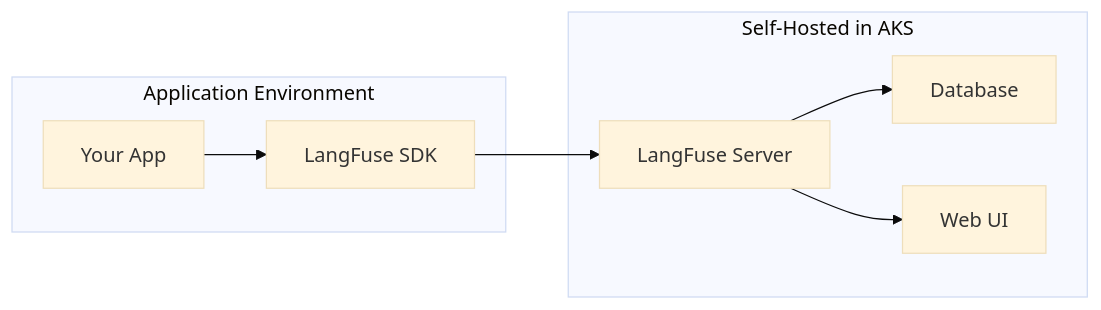
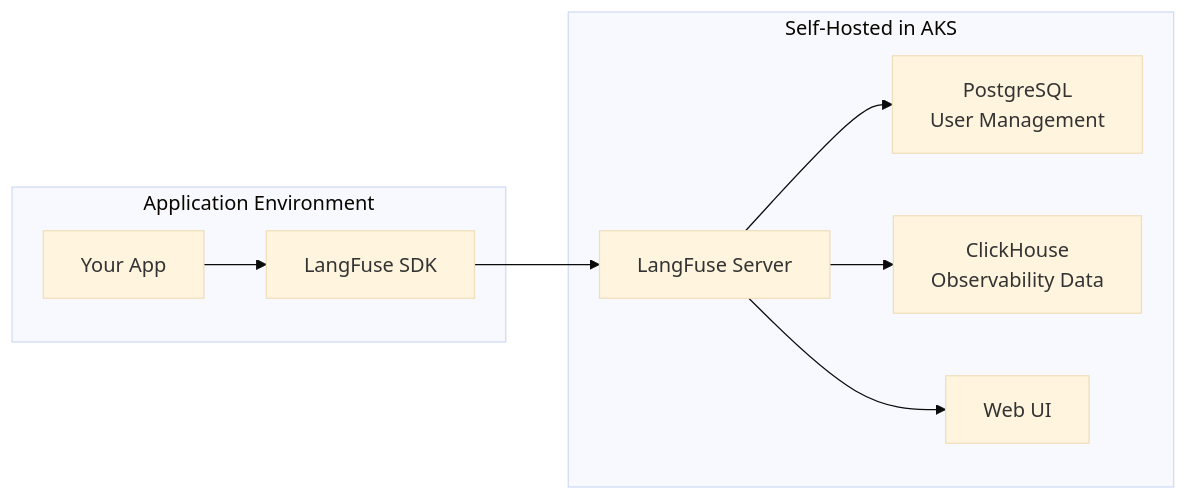
The diagram in explanation/overview.qmd (JusticeAIUnit/langfuse-tracing-selfhost), drawn with Mermaid (base theme) before and after one commit. The commit also changed other lines of this file and 5 other files, not shown here.

````diff
--- a/explanation/overview.qmd
+++ b/explanation/overview.qmd
@@ -101,16 +80,18 @@
 ```{mermaid}
 graph LR
     subgraph DE ["Application Environment"]
         A[Your App] --> B[LangFuse SDK]
     end
     
     subgraph SH ["Self-Hosted in AKS"]
         C[LangFuse Server]
-        D[Database]
-        E[Web UI]
+        D[PostgreSQL<br/>User Management]
+        E[ClickHouse<br/>Observability Data]
+        F[Web UI]
         C --> D
         C --> E
+        C --> F
     end
     
     B --> C
 ```
````
